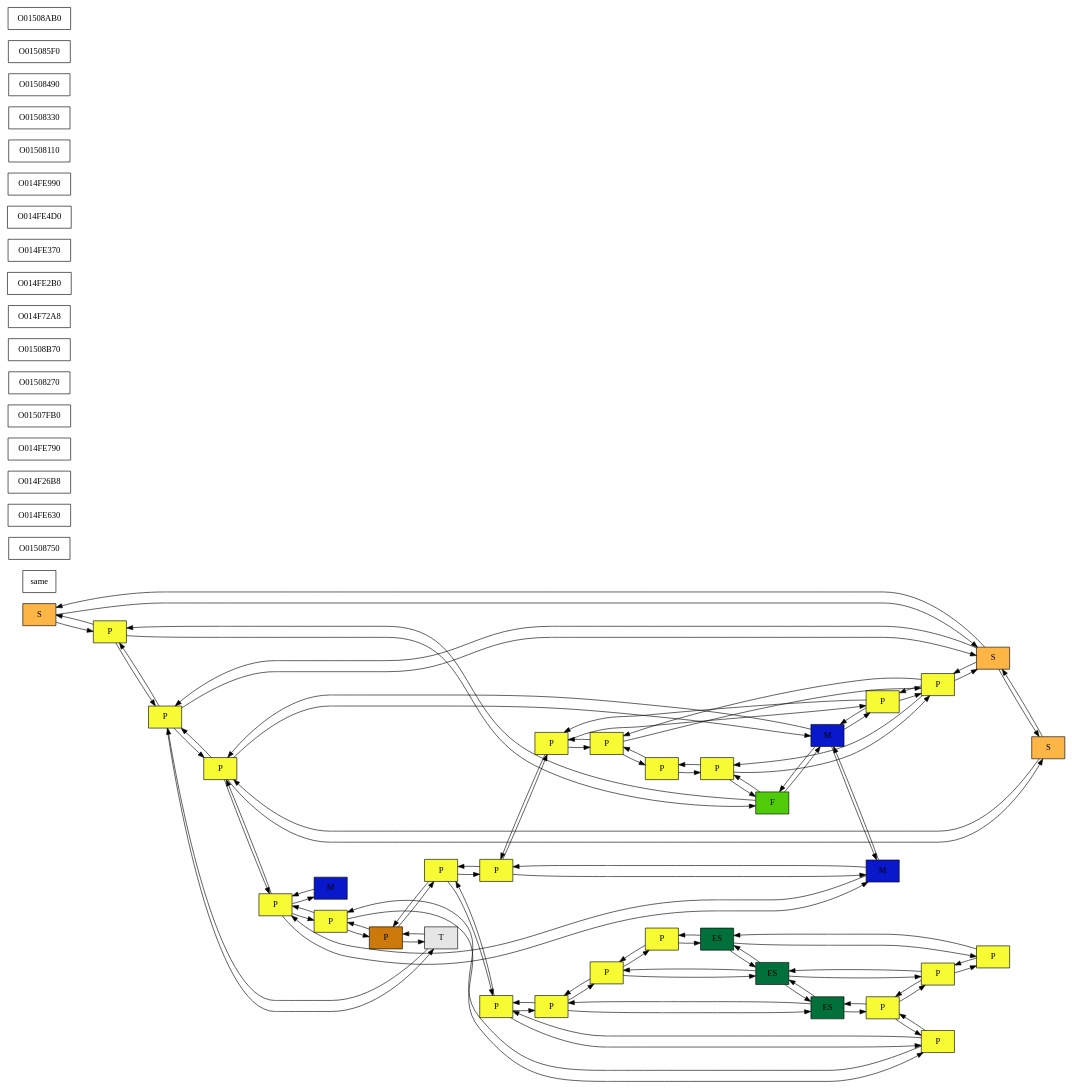
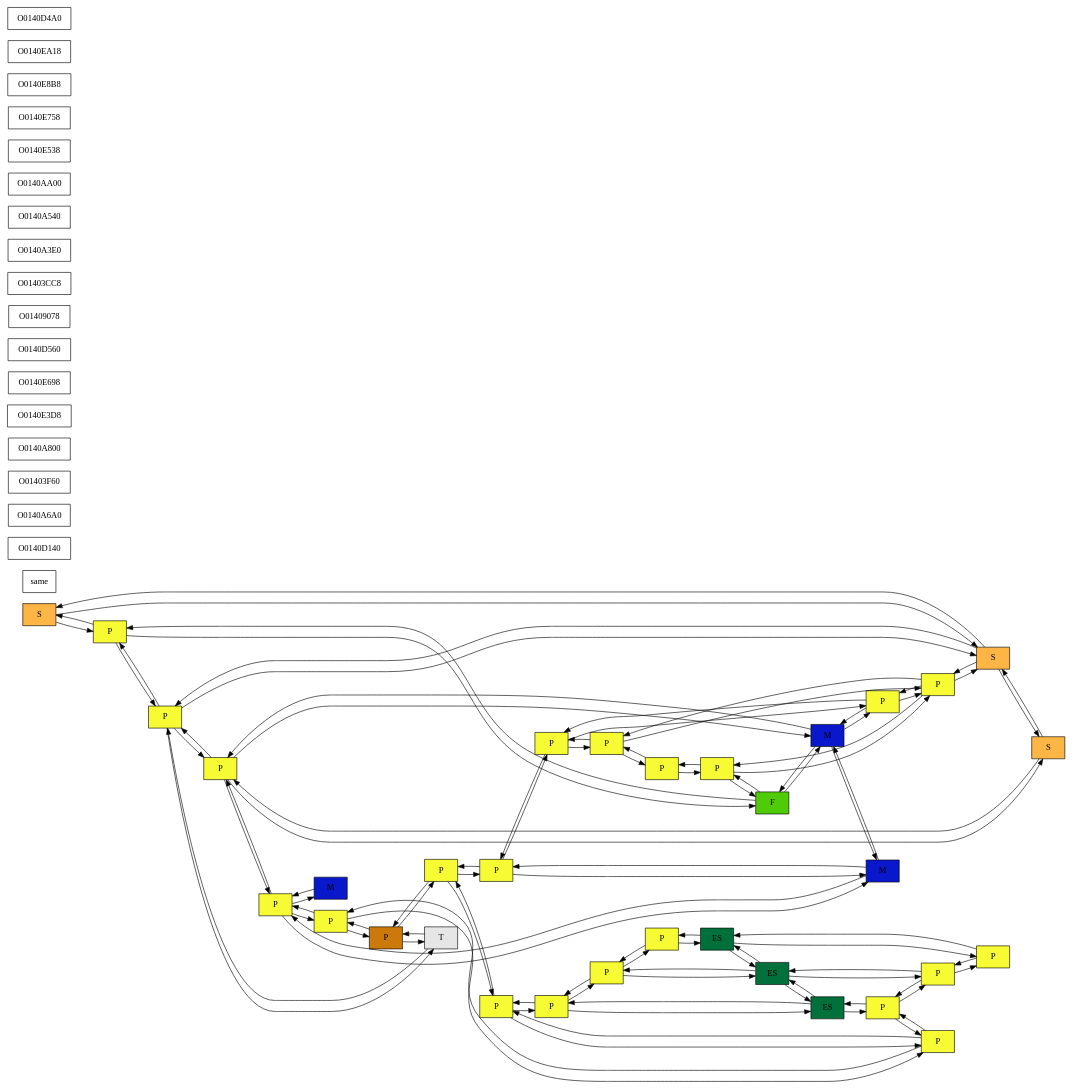
One commit to Milton-Rodriguez/Lab_EDD_201807435 changed the diagram in Matriz.dot. Above: the diagram before and after it, drawn with Graphviz. The commit also changed 5 other files, not shown here.

```diff
--- a/Matriz.dot
+++ b/Matriz.dot
@@ -1,156 +1,156 @@
 digraph G {
 node [shape=box];
-O014F32D8[label=S, style = "filled", fillcolor="#FDB546"]
-O014F32D8->O015088D0
-O015088D0->O014F32D8
-O014F32D8->O014F2778
-O014F2778->O014F32D8
-O015088D0[label=P, style = "filled", fillcolor="#F6FB34"]
-O015088D0->O014FE6F0
-O014FE6F0->O015088D0
-O015088D0->O01508970
-O01508970->O015088D0
-O014FE6F0[label=F, style = "filled", fillcolor="#50CB0A"]
-O014FE6F0->O014FF1C0
-O014FF1C0->O014FE6F0
-O014FE6F0->O014FE850
-O014FE850->O014FE6F0
-O014FF1C0[label=P, style = "filled", fillcolor="#F6FB34"]
-O014FF1C0->O014FF6C0
-O014FF6C0->O014FF1C0
-O014FF1C0->O014FF300
-O014FF300->O014FF1C0
-O014FF6C0[label=P, style = "filled", fillcolor="#F6FB34"]
-O014FF6C0->O014FF440
-O014FF440->O014FF6C0
-O014FE590[label=T, style = "filled", fillcolor="#E6E6E6"]
-O014FE590->O01508970
-O01508970->O014FE590
-O014FE590->O01508070
-O01508070->O014FE590
-O01508970[label=P, style = "filled", fillcolor="#F6FB34"]
-O01508970->O014F2778
-O014F2778->O01508970
-O01508970->O01508A10
-O01508A10->O01508970
-O014F2778[label=S, style = "filled", fillcolor="#FDB546"]
-O014F2778->O014FF300
-O014FF300->O014F2778
-O014F2778->O014FE430
-O014FE430->O014F2778
-O014FF300[label=P, style = "filled", fillcolor="#F6FB34"]
-O014FF300->O014FF440
-O014FF440->O014FF300
-O014FF300->O014FF8A0
-O014FF8A0->O014FF300
-O014FF440[label=P, style = "filled", fillcolor="#F6FB34"]
-O014FF440->O014FF080
-O014FF080->O014FF440
-O014FE430[label=S, style = "filled", fillcolor="#FDB546"]
-O014FE430->O01508A10
-O01508A10->O014FE430
-O01508A10[label=P, style = "filled", fillcolor="#F6FB34"]
-O01508A10->O014FE850
-O014FE850->O01508A10
-O01508A10->O014FEAE0
-O014FEAE0->O01508A10
-O014FE850[label=M, style = "filled", fillcolor="#0A18CB"]
-O014FE850->O014FF8A0
-O014FF8A0->O014FE850
-O014FE850->O014FE8F0
-O014FE8F0->O014FE850
-O014FF8A0[label=P, style = "filled", fillcolor="#F6FB34"]
-O014FF8A0->O014FF080
-O014FF080->O014FF8A0
-O014FF080[label=P, style = "filled", fillcolor="#F6FB34"]
-O014FF080->O014FF120
-O014FF120->O014FF080
-O01507F10[label=M, style = "filled", fillcolor="#0A18CB"]
-O01507F10->O014FEAE0
-O014FEAE0->O01507F10
-O014FEAE0[label=P, style = "filled", fillcolor="#F6FB34"]
-O014FEAE0->O014FE8F0
-O014FE8F0->O014FEAE0
-O014FEAE0->O014FEE00
-O014FEE00->O014FEAE0
-O014FE8F0[label=M, style = "filled", fillcolor="#0A18CB"]
-O014FE8F0->O014FF120
-O014FF120->O014FE8F0
-O014FF120[label=P, style = "filled", fillcolor="#F6FB34"]
-O014FF120->O014FEB80
-O014FEB80->O014FF120
-O014FEE00[label=P, style = "filled", fillcolor="#F6FB34"]
-O014FEE00->O01508070
-O01508070->O014FEE00
-O014FEE00->O014FF620
-O014FF620->O014FEE00
-O01508070[label=P, style = "filled", fillcolor="#CB790A"]
-O01508070->O014FEB80
-O014FEB80->O01508070
-O014FEB80[label=P, style = "filled", fillcolor="#F6FB34"]
-O014FEB80->O014FEC20
-O014FEC20->O014FEB80
-O014FEEA0[label=P, style = "filled", fillcolor="#F6FB34"]
-O014FEEA0->O015081D0
-O015081D0->O014FEEA0
-O014FEEA0->O014FF580
-O014FF580->O014FEEA0
-O015081D0[label=ES, style = "filled", fillcolor="#02703A"]
-O015081D0->O014FEFE0
-O014FEFE0->O015081D0
-O015081D0->O015083F0
-O015083F0->O015081D0
-O014FEFE0[label=P, style = "filled", fillcolor="#F6FB34"]
-O014FEFE0->O014FF760
-O014FF760->O014FEFE0
-O014FF580[label=P, style = "filled", fillcolor="#F6FB34"]
-O014FF580->O015083F0
-O015083F0->O014FF580
-O014FF580->O014FF4E0
-O014FF4E0->O014FF580
-O015083F0[label=ES, style = "filled", fillcolor="#02703A"]
-O015083F0->O014FF760
-O014FF760->O015083F0
-O015083F0->O01508550
-O01508550->O015083F0
-O014FF760[label=P, style = "filled", fillcolor="#F6FB34"]
-O014FF760->O014FF800
-O014FF800->O014FF760
-O014FF4E0[label=P, style = "filled", fillcolor="#F6FB34"]
-O014FF4E0->O01508550
-O01508550->O014FF4E0
-O01508550[label=ES, style = "filled", fillcolor="#02703A"]
-O01508550->O014FF800
-O014FF800->O01508550
-O014FF800[label=P, style = "filled", fillcolor="#F6FB34"]
-O014FF620[label=P, style = "filled", fillcolor="#F6FB34"]
-O014FF620->O014FEC20
-O014FEC20->O014FF620
-O014FF620->O014FEEA0
-O014FEEA0->O014FF620
-O014FEC20[label=P, style = "filled", fillcolor="#F6FB34"]
-O014FEC20->O014FEFE0
-O014FEFE0->O014FEC20
+O01405FA0[label=S, style = "filled", fillcolor="#FDB546"]
+O01405FA0->O0140D2C0
+O0140D2C0->O01405FA0
+O01405FA0->O01403D88
+O01403D88->O01405FA0
+O0140D2C0[label=P, style = "filled", fillcolor="#F6FB34"]
+O0140D2C0->O0140A760
+O0140A760->O0140D2C0
+O0140D2C0->O0140D360
+O0140D360->O0140D2C0
+O0140A760[label=F, style = "filled", fillcolor="#50CB0A"]
+O0140A760->O0140F388
+O0140F388->O0140A760
+O0140A760->O0140A8C0
+O0140A8C0->O0140A760
+O0140F388[label=P, style = "filled", fillcolor="#F6FB34"]
+O0140F388->O0140ED48
+O0140ED48->O0140F388
+O0140F388->O0140F4C8
+O0140F4C8->O0140F388
+O0140ED48[label=P, style = "filled", fillcolor="#F6FB34"]
+O0140ED48->O0140EDE8
+O0140EDE8->O0140ED48
+O0140A600[label=T, style = "filled", fillcolor="#E6E6E6"]
+O0140A600->O0140D360
+O0140D360->O0140A600
+O0140A600->O0140E498
+O0140E498->O0140A600
+O0140D360[label=P, style = "filled", fillcolor="#F6FB34"]
+O0140D360->O01403D88
+O01403D88->O0140D360
+O0140D360->O0140D400
+O0140D400->O0140D360
+O01403D88[label=S, style = "filled", fillcolor="#FDB546"]
+O01403D88->O0140F4C8
+O0140F4C8->O01403D88
+O01403D88->O0140A4A0
+O0140A4A0->O01403D88
+O0140F4C8[label=P, style = "filled", fillcolor="#F6FB34"]
+O0140F4C8->O0140EDE8
+O0140EDE8->O0140F4C8
+O0140F4C8->O0140F928
+O0140F928->O0140F4C8
+O0140EDE8[label=P, style = "filled", fillcolor="#F6FB34"]
+O0140EDE8->O0140EF28
+O0140EF28->O0140EDE8
+O0140A4A0[label=S, style = "filled", fillcolor="#FDB546"]
+O0140A4A0->O0140D400
+O0140D400->O0140A4A0
+O0140D400[label=P, style = "filled", fillcolor="#F6FB34"]
+O0140D400->O0140A8C0
+O0140A8C0->O0140D400
+O0140D400->O0140EC08
+O0140EC08->O0140D400
+O0140A8C0[label=M, style = "filled", fillcolor="#0A18CB"]
+O0140A8C0->O0140F928
+O0140F928->O0140A8C0
+O0140A8C0->O0140A960
+O0140A960->O0140A8C0
+O0140F928[label=P, style = "filled", fillcolor="#F6FB34"]
+O0140F928->O0140EF28
+O0140EF28->O0140F928
+O0140EF28[label=P, style = "filled", fillcolor="#F6FB34"]
+O0140EF28->O0140F248
+O0140F248->O0140EF28
+O0140AAC0[label=M, style = "filled", fillcolor="#0A18CB"]
+O0140AAC0->O0140EC08
+O0140EC08->O0140AAC0
+O0140EC08[label=P, style = "filled", fillcolor="#F6FB34"]
+O0140EC08->O0140A960
+O0140A960->O0140EC08
+O0140EC08->O0140FB08
+O0140FB08->O0140EC08
+O0140A960[label=M, style = "filled", fillcolor="#0A18CB"]
+O0140A960->O0140F248
+O0140F248->O0140A960
+O0140F248[label=P, style = "filled", fillcolor="#F6FB34"]
+O0140F248->O0140F7E8
+O0140F7E8->O0140F248
+O0140FB08[label=P, style = "filled", fillcolor="#F6FB34"]
+O0140FB08->O0140E498
+O0140E498->O0140FB08
+O0140FB08->O0140F428
+O0140F428->O0140FB08
+O0140E498[label=P, style = "filled", fillcolor="#CB790A"]
+O0140E498->O0140F7E8
+O0140F7E8->O0140E498
+O0140F7E8[label=P, style = "filled", fillcolor="#F6FB34"]
+O0140F7E8->O0140EFC8
+O0140EFC8->O0140F7E8
+O0140F6A8[label=P, style = "filled", fillcolor="#F6FB34"]
+O0140F6A8->O0140E5F8
+O0140E5F8->O0140F6A8
+O0140F6A8->O0140EE88
+O0140EE88->O0140F6A8
+O0140E5F8[label=ES, style = "filled", fillcolor="#02703A"]
+O0140E5F8->O0140F1A8
+O0140F1A8->O0140E5F8
+O0140E5F8->O0140E818
+O0140E818->O0140E5F8
+O0140F1A8[label=P, style = "filled", fillcolor="#F6FB34"]
+O0140F1A8->O0140F068
+O0140F068->O0140F1A8
+O0140EE88[label=P, style = "filled", fillcolor="#F6FB34"]
+O0140EE88->O0140E818
+O0140E818->O0140EE88
+O0140EE88->O0140ECA8
+O0140ECA8->O0140EE88
+O0140E818[label=ES, style = "filled", fillcolor="#02703A"]
+O0140E818->O0140F068
+O0140F068->O0140E818
+O0140E818->O0140E978
+O0140E978->O0140E818
+O0140F068[label=P, style = "filled", fillcolor="#F6FB34"]
+O0140F068->O0140F2E8
+O0140F2E8->O0140F068
+O0140ECA8[label=P, style = "filled", fillcolor="#F6FB34"]
+O0140ECA8->O0140E978
+O0140E978->O0140ECA8
+O0140E978[label=ES, style = "filled", fillcolor="#02703A"]
+O0140E978->O0140F2E8
+O0140F2E8->O0140E978
+O0140F2E8[label=P, style = "filled", fillcolor="#F6FB34"]
+O0140F428[label=P, style = "filled", fillcolor="#F6FB34"]
+O0140F428->O0140EFC8
+O0140EFC8->O0140F428
+O0140F428->O0140F6A8
+O0140F6A8->O0140F428
+O0140EFC8[label=P, style = "filled", fillcolor="#F6FB34"]
+O0140EFC8->O0140F1A8
+O0140F1A8->O0140EFC8
 rankdir = TB;
-same O01508750 O014FE630 O014F26B8 O014FE790 O01507FB0 O01508270 O01508B70 O014F72A8 ;
+same O0140D140 O0140A6A0 O01403F60 O0140A800 O0140E3D8 O0140E698 O0140D560 O01409078 ;
 rankdir = TB;
-same O014FE2B0 O014F32D8 O015088D0 O014FE6F0 O014FF1C0 O014FF6C0 ;
+same O01403CC8 O01405FA0 O0140D2C0 O0140A760 O0140F388 O0140ED48 ;
 rankdir = TB;
-same O014FE370 O014FE590 O01508970 O014F2778 O014FF300 O014FF440 ;
+same O0140A3E0 O0140A600 O0140D360 O01403D88 O0140F4C8 O0140EDE8 ;
 rankdir = TB;
-same O014FE4D0 O014FE430 O01508A10 O014FE850 O014FF8A0 O014FF080 ;
+same O0140A540 O0140A4A0 O0140D400 O0140A8C0 O0140F928 O0140EF28 ;
 rankdir = TB;
-same O014FE990 O01507F10 O014FEAE0 O014FE8F0 O014FF120 ;
+same O0140AA00 O0140AAC0 O0140EC08 O0140A960 O0140F248 ;
 rankdir = TB;
-same O01508110 O014FEE00 O01508070 O014FEB80 ;
+same O0140E538 O0140FB08 O0140E498 O0140F7E8 ;
 rankdir = TB;
-same O01508330 O014FEEA0 O015081D0 O014FEFE0 ;
+same O0140E758 O0140F6A8 O0140E5F8 O0140F1A8 ;
 rankdir = TB;
-same O01508490 O014FF580 O015083F0 O014FF760 ;
+same O0140E8B8 O0140EE88 O0140E818 O0140F068 ;
 rankdir = TB;
-same O015085F0 O014FF4E0 O01508550 O014FF800 ;
+same O0140EA18 O0140ECA8 O0140E978 O0140F2E8 ;
 rankdir = TB;
-same O01508AB0 O014FF620 O014FEC20 ;
+same O0140D4A0 O0140F428 O0140EFC8 ;
 rankdir = LR;
 same ;
 }
```
